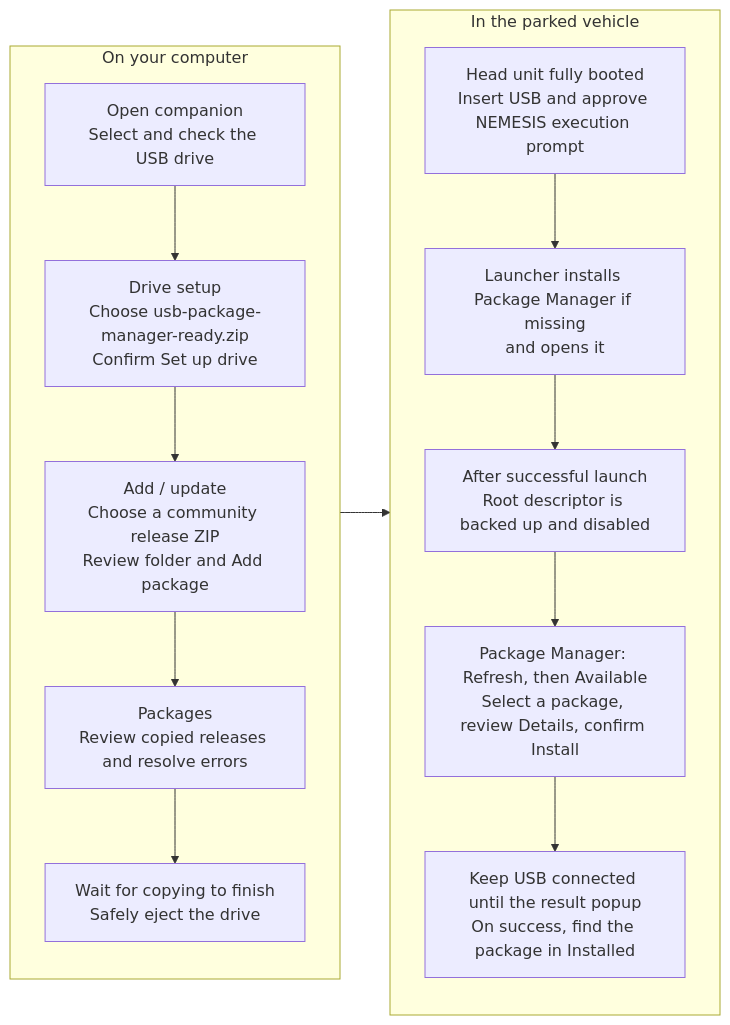
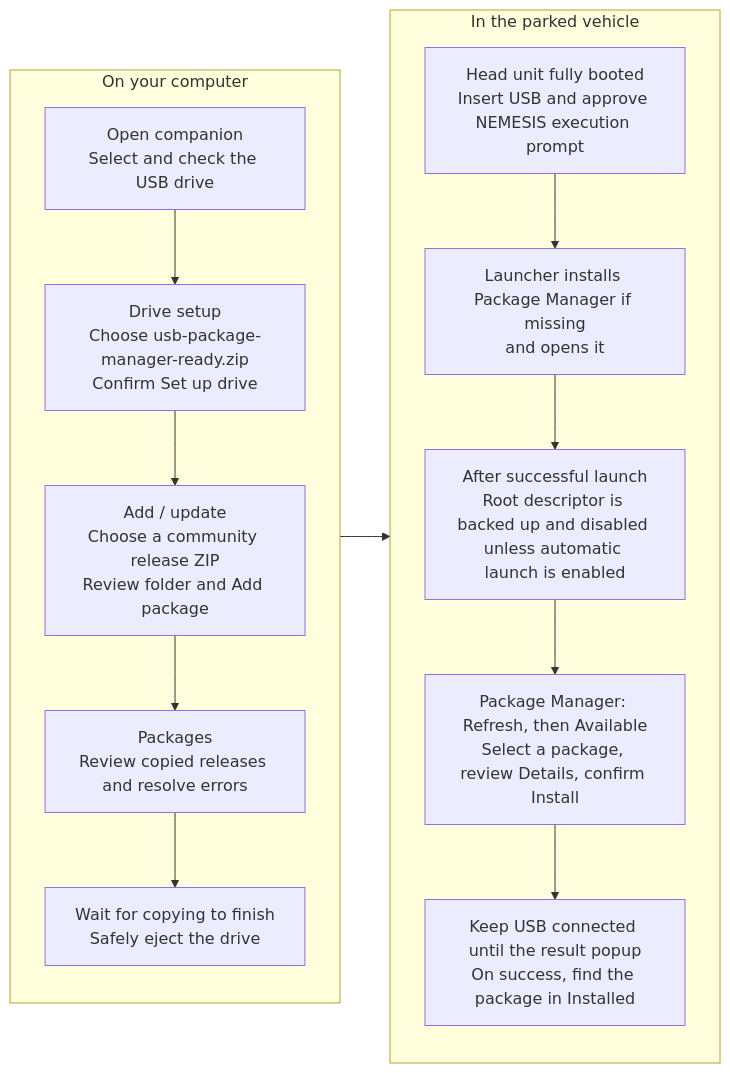
Before and after one commit to hmason55/nemesis-package-manager: the fifth of 9 diagrams in docs/WORKFLOW-REFERENCE.md, drawn with Mermaid. The commit also changed other lines of this file and 43 other files, not shown here.

````diff
--- a/docs/WORKFLOW-REFERENCE.md
+++ b/docs/WORKFLOW-REFERENCE.md
@@ -105,20 +106,20 @@
 ```mermaid
 flowchart LR
     subgraph computer["On your computer"]
         direction TB
         select["Open companion<br/>Select and check the USB drive"]
         select --> setup["Drive setup<br/>Choose usb-package-manager-ready.zip<br/>Confirm Set up drive"]
         setup --> add["Add / update<br/>Choose a community release ZIP<br/>Review folder and Add package"]
         add --> review["Packages<br/>Review copied releases and resolve errors"]
         review --> eject["Wait for copying to finish<br/>Safely eject the drive"]
     end
     subgraph car["In the parked vehicle"]
         direction TB
         vehicle["Head unit fully booted<br/>Insert USB and approve NEMESIS execution prompt"]
         vehicle --> open["Launcher installs Package Manager if missing<br/>and opens it"]
-        open --> disable["After successful launch<br/>Root descriptor is backed up and disabled"]
+        open --> disable["After successful launch<br/>Root descriptor is backed up and disabled unless automatic launch is enabled"]
         disable --> install["Package Manager: Refresh, then Available<br/>Select a package, review Details, confirm Install"]
         install --> result["Keep USB connected until the result popup<br/>On success, find the package in Installed"]
     end
     computer --> car
 ```
````
